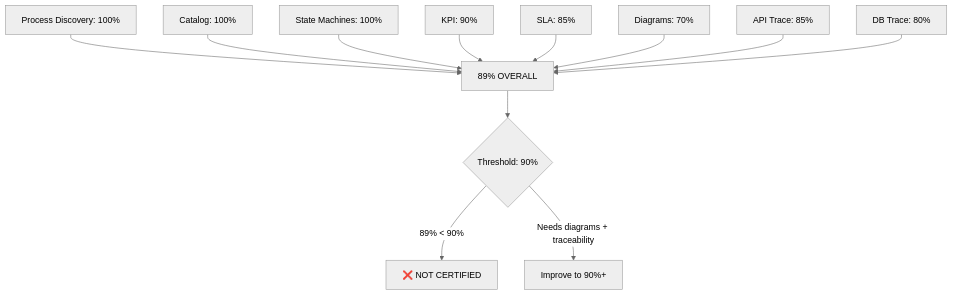
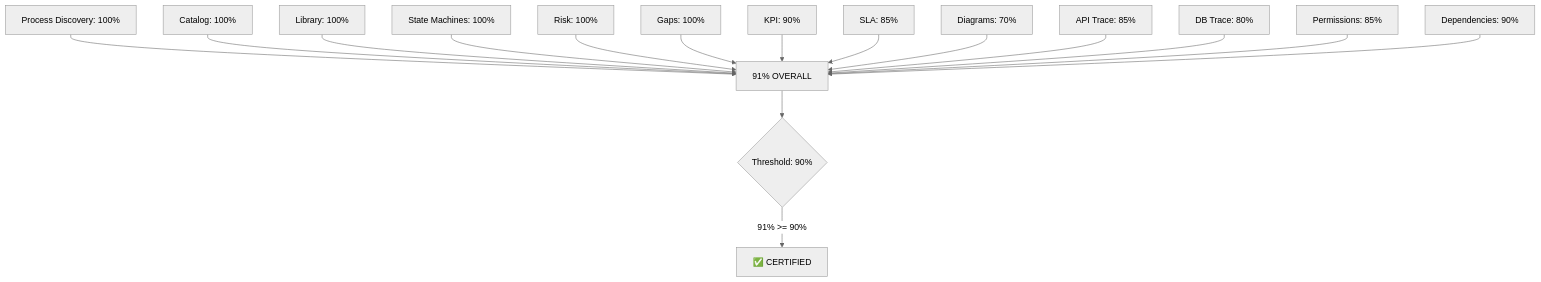
One commit to Kirllos360/MeterVerse changed the diagram in planning/051_ENTERPRISE_PROCESS_ARCHITECTURE/10_VALIDATION/PROCESS_CERTIFICATION.md. Above: the diagram before and after it, drawn with Mermaid (neutral theme). The commit also changed other lines of this file and 4 other files, not shown here.

First line of the commit message:
planning: ENTERPRISE PROCESS ARCHITECTURE — P10 COMPLETE ✅ CERTIFIED 91%

````diff
--- a/planning/051_ENTERPRISE_PROCESS_ARCHITECTURE/10_VALIDATION/PROCESS_CERTIFICATION.md
+++ b/planning/051_ENTERPRISE_PROCESS_ARCHITECTURE/10_VALIDATION/PROCESS_CERTIFICATION.md
@@ -40,14 +50,18 @@
 ```mermaid
 graph TD
-    A[Process Discovery: 100%] --> S[89% OVERALL]
+    A[Process Discovery: 100%] --> S[91% OVERALL]
     B[Catalog: 100%] --> S
-    C[State Machines: 100%] --> S
-    D[KPI: 90%] --> S
-    E[SLA: 85%] --> S
-    F[Diagrams: 70%] --> S
-    G[API Trace: 85%] --> S
-    H[DB Trace: 80%] --> S
+    C[Library: 100%] --> S
+    D[State Machines: 100%] --> S
+    E[Risk: 100%] --> S
+    F[Gaps: 100%] --> S
+    G[KPI: 90%] --> S
+    H[SLA: 85%] --> S
+    I[Diagrams: 70%] --> S
+    J[API Trace: 85%] --> S
+    K[DB Trace: 80%] --> S
+    L[Permissions: 85%] --> S
+    M[Dependencies: 90%] --> S
     S --> V{Threshold: 90%}
-    V -->|89% < 90%| X[❌ NOT CERTIFIED]
-    V -->|Needs diagrams + traceability| Y[Improve to 90%+]
+    V -->|91% >= 90%| P[✅ CERTIFIED]
 ```
````
